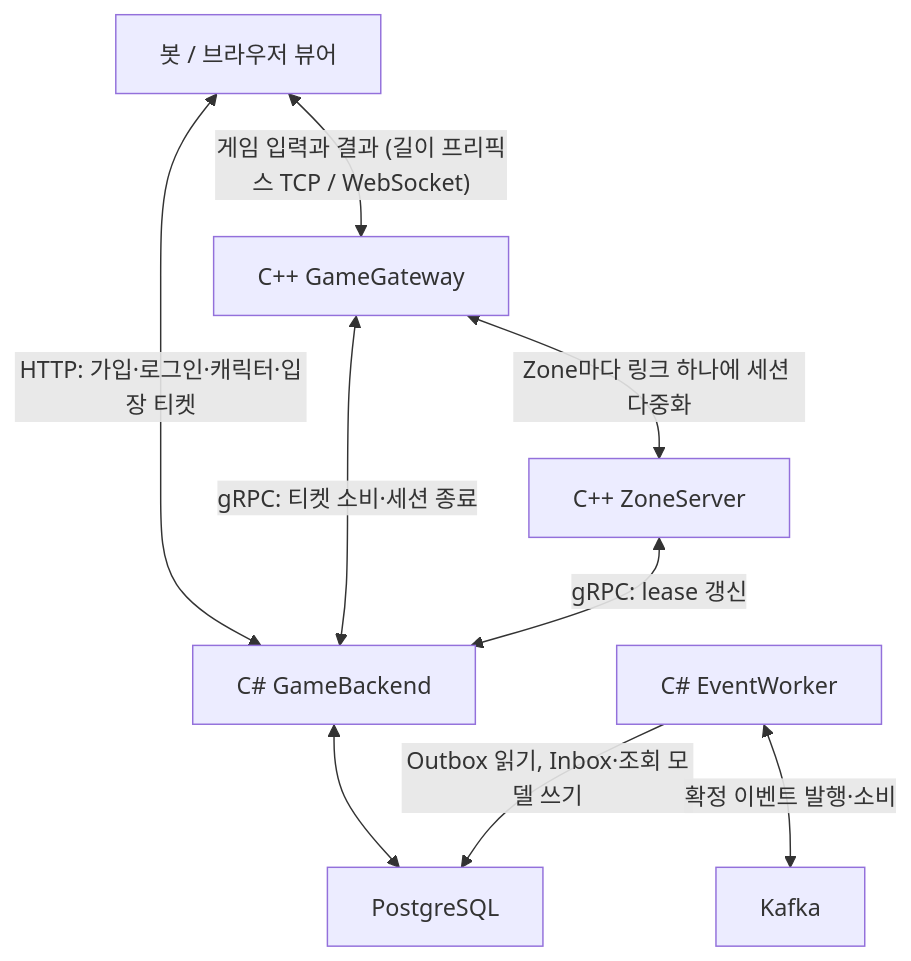
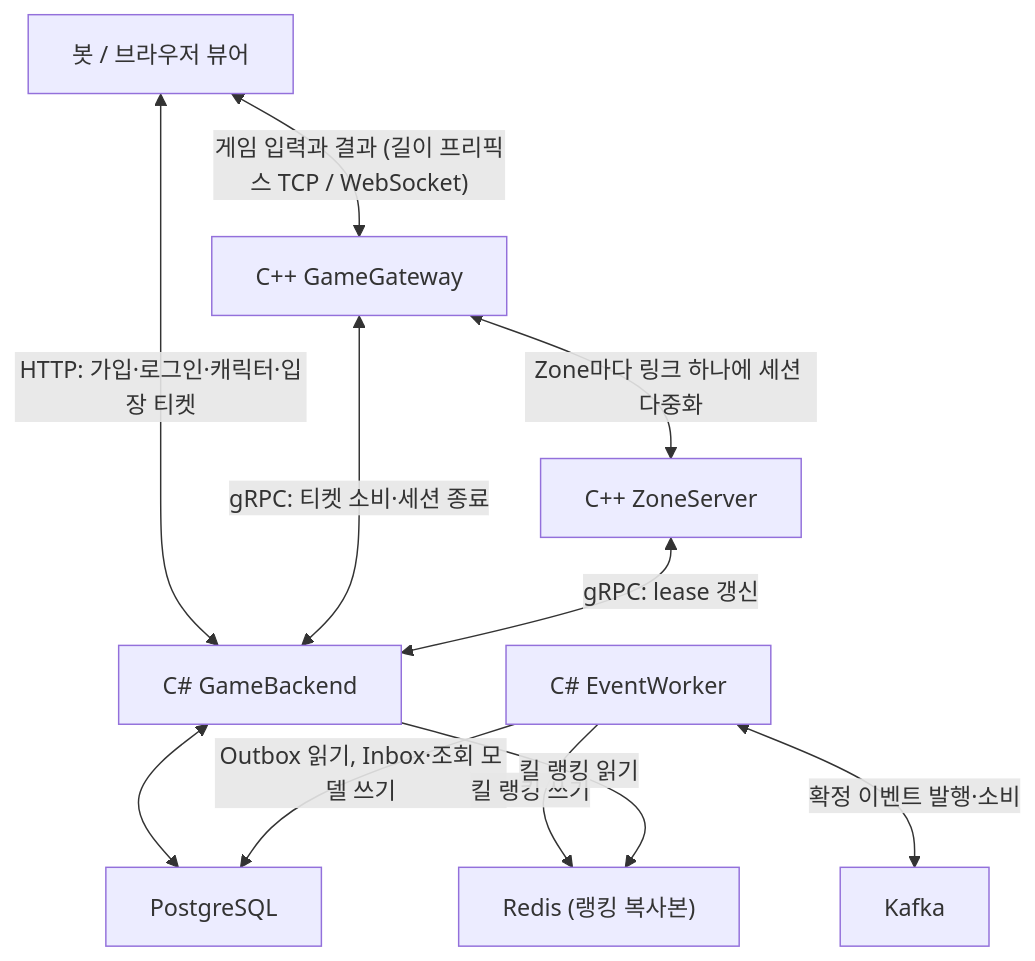
One commit to hstar0124/sa-server changed the first of 10 diagrams in README.md. Above: the diagram before and after it, drawn with Mermaid. The commit also changed other lines of this file and 7 other files, not shown here.

````diff
--- a/README.md
+++ b/README.md
@@ -11,19 +11,22 @@
 ```mermaid
 flowchart TD
     C["봇 / 브라우저 뷰어"]
     G["C++ GameGateway"]
     Z["C++ ZoneServer"]
     B["C# GameBackend"]
     P["PostgreSQL"]
     E["C# EventWorker"]
     K["Kafka"]
+    R["Redis (랭킹 복사본)"]
 
     C <-->|"게임 입력과 결과 (길이 프리픽스 TCP / WebSocket)"| G
     C <-->|"HTTP: 가입·로그인·캐릭터·입장 티켓"| B
     G <-->|"Zone마다 링크 하나에 세션 다중화"| Z
     G <-->|"gRPC: 티켓 소비·세션 종료"| B
     Z <-->|"gRPC: lease 갱신"| B
     B <--> P
     E -->|"Outbox 읽기, Inbox·조회 모델 쓰기"| P
     E <-->|"확정 이벤트 발행·소비"| K
+    E -->|"킬 랭킹 쓰기"| R
+    B -->|"킬 랭킹 읽기"| R
 ```
````
